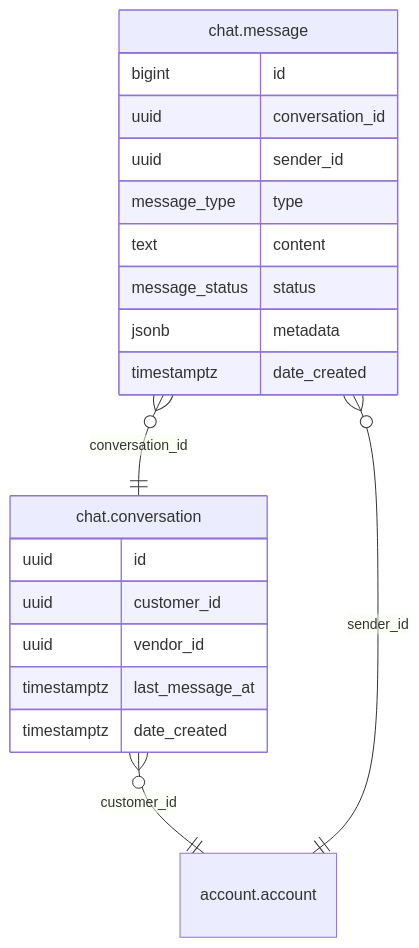
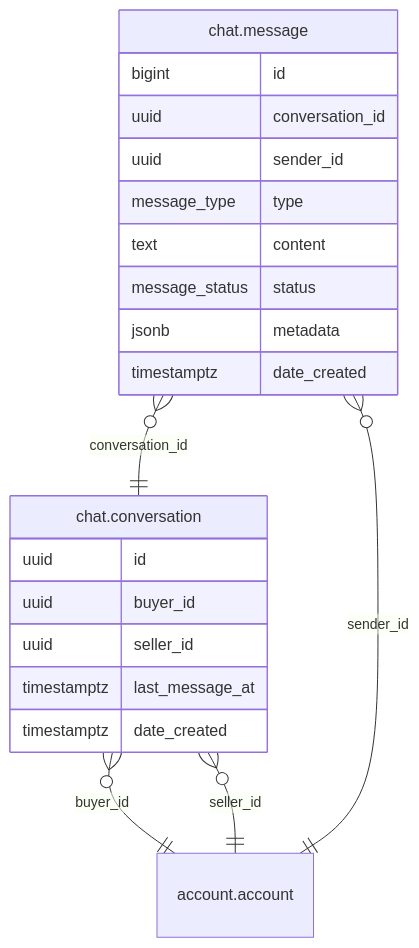
One commit to shopnexus/shopnexus-server changed the diagram in internal/module/chat/README.md. Above: the diagram before and after it, drawn with Mermaid. The commit also changed 7 other files, not shown here.

````diff
--- a/internal/module/chat/README.md
+++ b/internal/module/chat/README.md
@@ -11,24 +11,25 @@
 ```mermaid
 erDiagram
-"chat.conversation" }o--|| "account.account" : "customer_id"
+"chat.conversation" }o--|| "account.account" : "buyer_id"
+"chat.conversation" }o--|| "account.account" : "seller_id"
 "chat.message" }o--|| "account.account" : "sender_id"
 "chat.message" }o--|| "chat.conversation" : "conversation_id"
 
 "chat.conversation" {
   uuid id
-  uuid customer_id
-  uuid vendor_id
+  uuid buyer_id
+  uuid seller_id
   timestamptz last_message_at
   timestamptz date_created
 }
 "chat.message" {
   bigint id
   uuid conversation_id
   uuid sender_id
   message_type type
   text content
   message_status status
   jsonb metadata
   timestamptz date_created
 }
 ```
````
